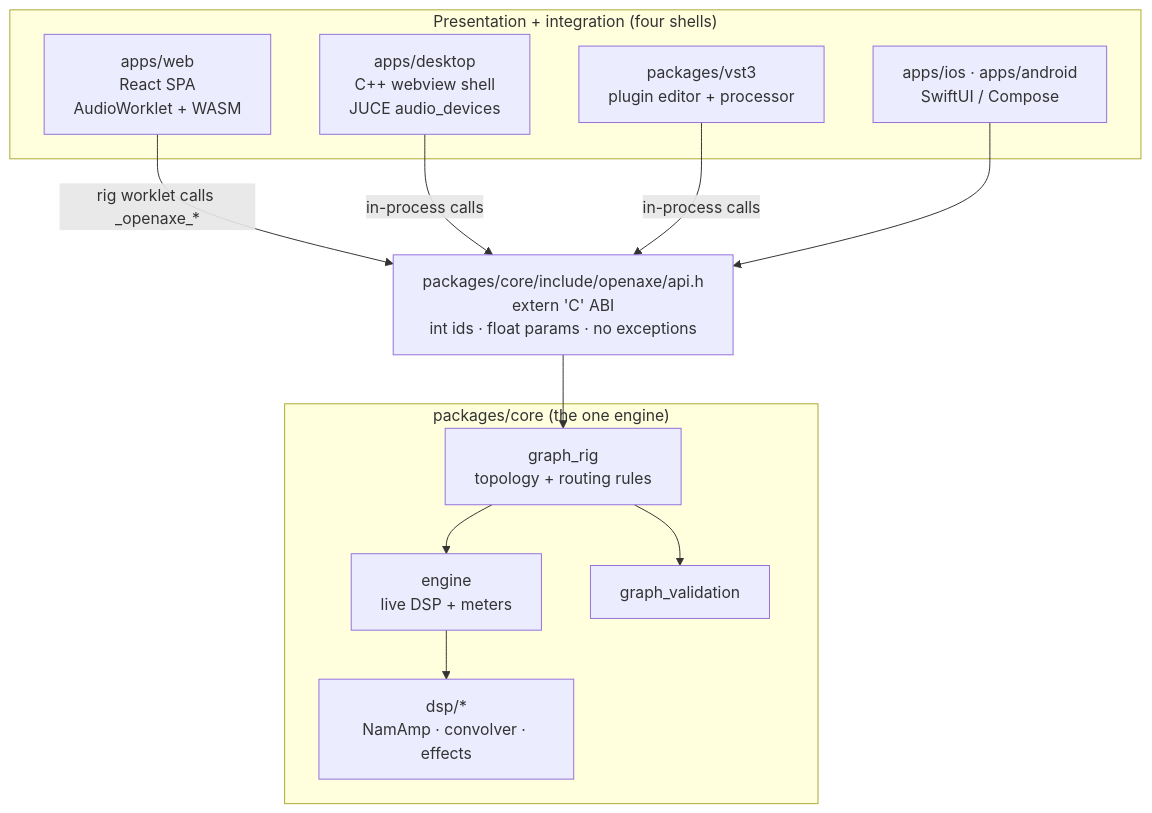
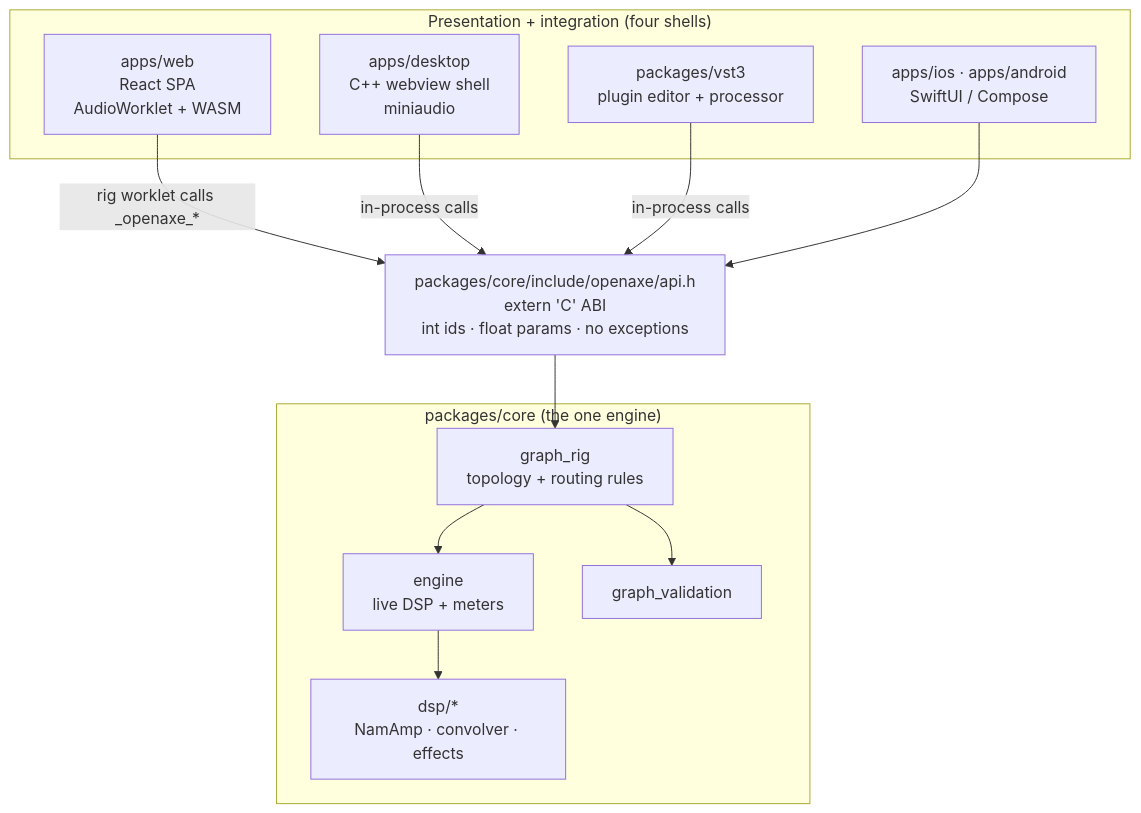
One commit to pauloedspinho20/OpenAxe changed the first of 4 diagrams in ARCHITECTURE.md. Above: the diagram before and after it, drawn with Mermaid. The commit also changed other lines of this file and 14 other files, not shown here.

First line of the commit message:
feat(desktop): replace JUCE audio_devices with miniaudio (issue #374)

````diff
--- a/ARCHITECTURE.md
+++ b/ARCHITECTURE.md
@@ -248,25 +248,25 @@
 ```mermaid
 flowchart TB
     subgraph shells["Presentation + integration (four shells)"]
         WEB["apps/web<br/>React SPA<br/>AudioWorklet + WASM"]
-        DESK["apps/desktop<br/>C++ webview shell<br/>JUCE audio_devices"]
+        DESK["apps/desktop<br/>C++ webview shell<br/>miniaudio"]
         VST["packages/vst3<br/>plugin editor + processor"]
         MOBILE["apps/ios · apps/android<br/>SwiftUI / Compose"]
     end
 
     ABI["packages/core/include/openaxe/api.h<br/>extern 'C' ABI<br/>int ids · float params · no exceptions"]
 
     subgraph core["packages/core (the one engine)"]
         GR["graph_rig<br/>topology + routing rules"]
         ENG["engine<br/>live DSP + meters"]
         DSP["dsp/*<br/>NamAmp · convolver · effects"]
         VAL["graph_validation"]
     end
 
     WEB -- "rig worklet calls _openaxe_*" --> ABI
     DESK -- "in-process calls" --> ABI
     VST -- "in-process calls" --> ABI
     MOBILE --> ABI
     ABI --> GR --> ENG --> DSP
     GR --> VAL
 ```
````
